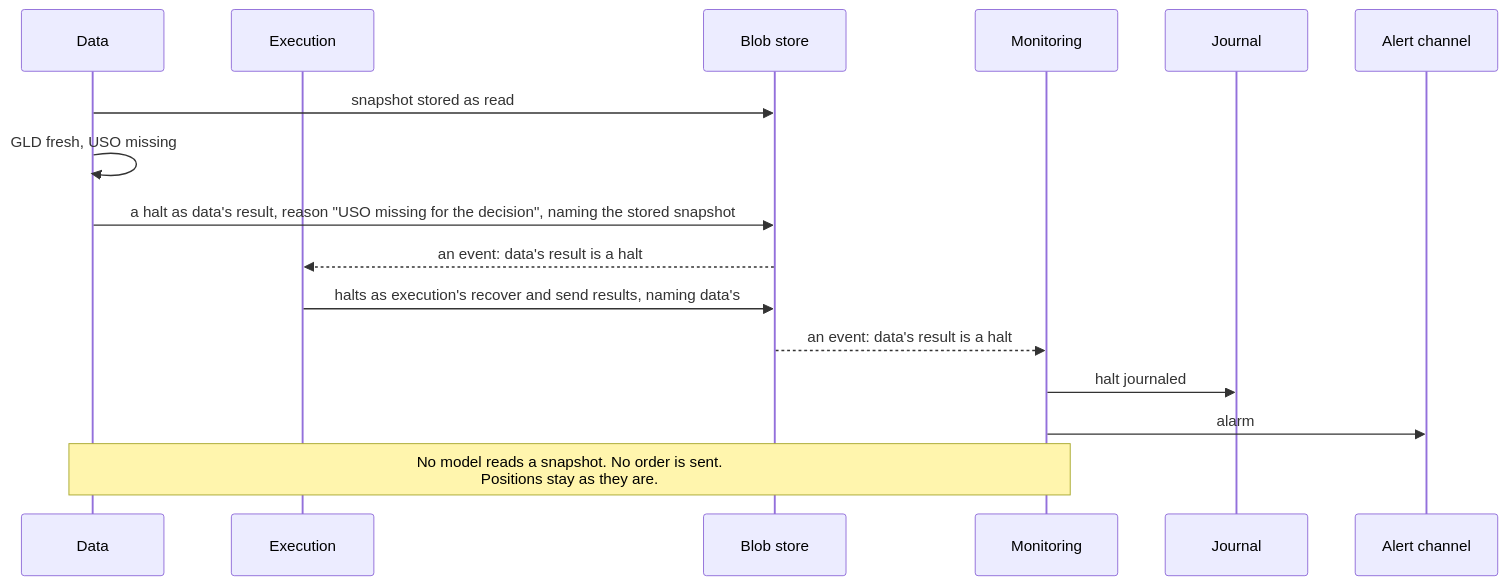
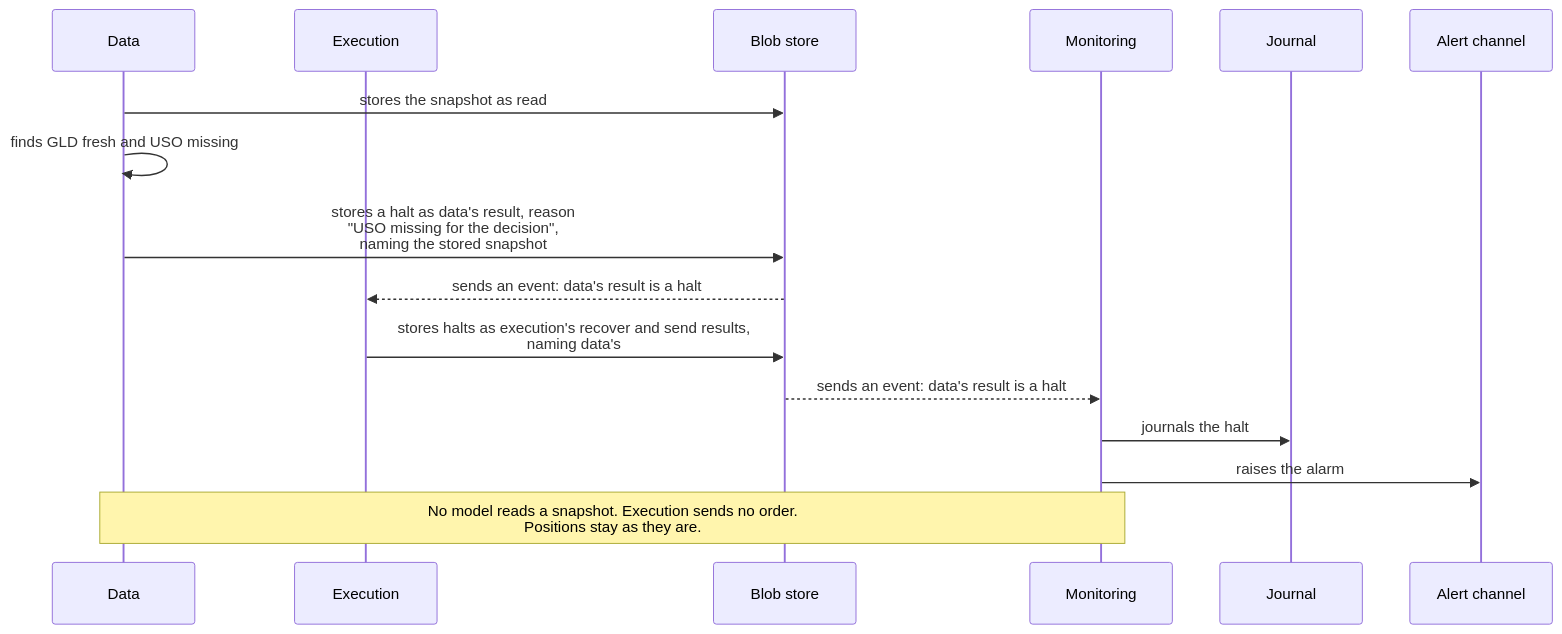
Before and after one commit to l3a0/ithildin-runtime: diagram 21 of 35 in docs/architecture.md, drawn with Mermaid. The commit also changed other lines of this file and 2 other files, not shown here.

First line of the commit message:
docs: restyle the words in the Mermaid diagrams

````diff
--- a/docs/architecture.md
+++ b/docs/architecture.md
@@ -1208,19 +1208,19 @@
 ```mermaid
 sequenceDiagram
     participant D as Data
     participant X as Execution
     participant F as Blob store
     participant M as Monitoring
     participant J as Journal
     participant L as Alert channel
 
-    D->>F: snapshot stored as read
-    D->>D: GLD fresh, USO missing
-    D->>F: a halt as data's result, reason "USO missing for the decision", naming the stored snapshot
-    F-->>X: an event: data's result is a halt
-    X->>F: halts as execution's recover and send results, naming data's
-    F-->>M: an event: data's result is a halt
-    M->>J: halt journaled
-    M->>L: alarm
-    Note over D,M: No model reads a snapshot. No order is sent.<br/>Positions stay as they are.
+    D->>F: stores the snapshot as read
+    D->>D: finds GLD fresh and USO missing
+    D->>F: stores a halt as data's result, reason<br/>"USO missing for the decision",<br/>naming the stored snapshot
+    F-->>X: sends an event: data's result is a halt
+    X->>F: stores halts as execution's recover and send results,<br/>naming data's
+    F-->>M: sends an event: data's result is a halt
+    M->>J: journals the halt
+    M->>L: raises the alarm
+    Note over D,M: No model reads a snapshot. Execution sends no order.<br/>Positions stay as they are.
 ```
````
